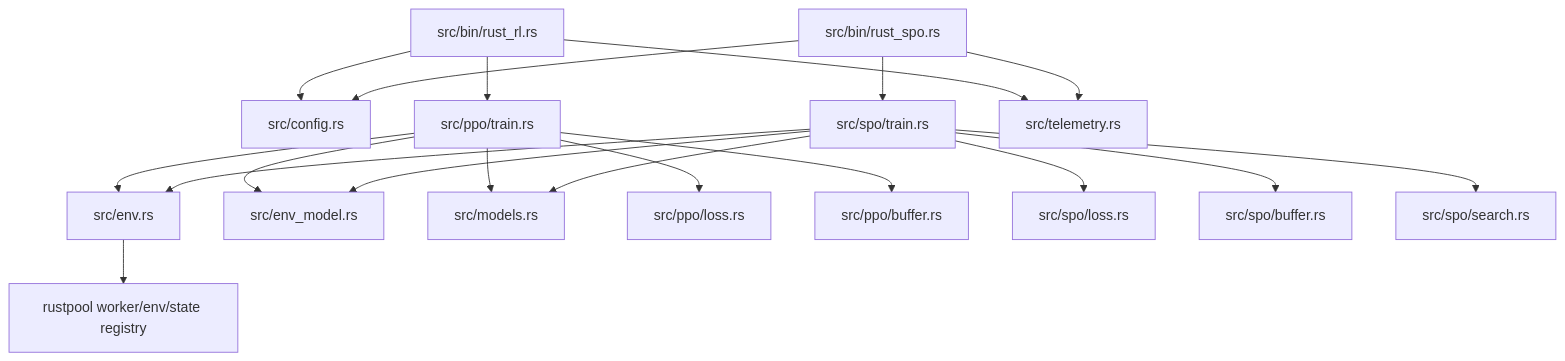
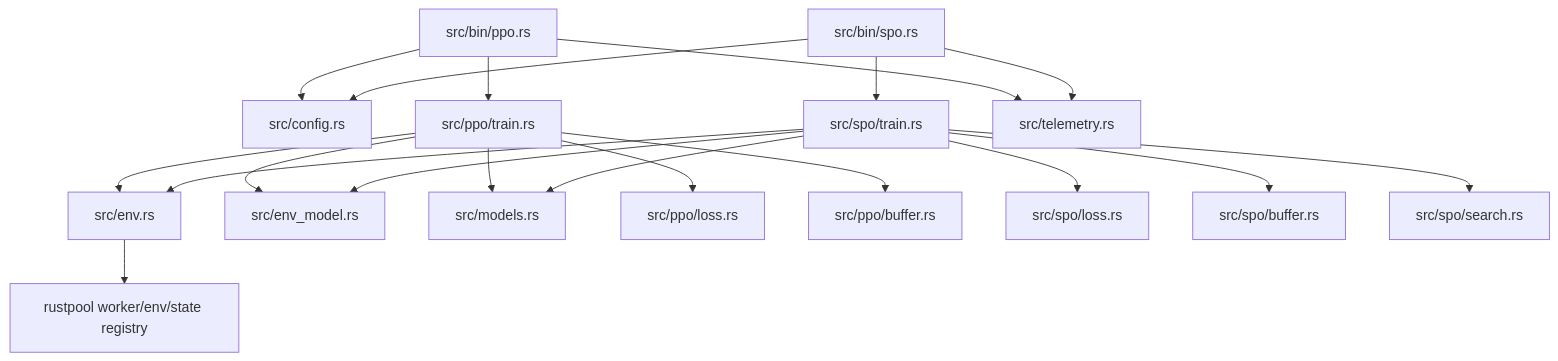
Before and after one commit to Hata41/rust_rl: the diagram in docs/architecture.md, drawn with Mermaid. The commit also changed other lines of this file and 19 other files, not shown here.

````diff
--- a/docs/architecture.md
+++ b/docs/architecture.md
@@ -51,28 +51,28 @@
 ```mermaid
 flowchart TD
-    BINP[src/bin/rust_rl.rs] --> CFG[src/config.rs]
+    BINP[src/bin/ppo.rs] --> CFG[src/config.rs]
     BINP --> TPPO[src/ppo/train.rs]
-    BINS[src/bin/rust_spo.rs] --> CFG
+    BINS[src/bin/spo.rs] --> CFG
     BINS --> TSPO[src/spo/train.rs]
 
     TPPO --> ENV[src/env.rs]
     TSPO --> ENV
 
     TPPO --> EM[src/env_model.rs]
     TSPO --> EM
 
     TPPO --> MOD[src/models.rs]
     TSPO --> MOD
 
     TPPO --> LPPO[src/ppo/loss.rs]
     TPPO --> BPPO[src/ppo/buffer.rs]
 
     TSPO --> LSPO[src/spo/loss.rs]
     TSPO --> BSPO[src/spo/buffer.rs]
     TSPO --> SSPO[src/spo/search.rs]
 
     BINP --> TEL[src/telemetry.rs]
     BINS --> TEL
 
     ENV --> RP[rustpool worker/env/state registry]
 ```
````
